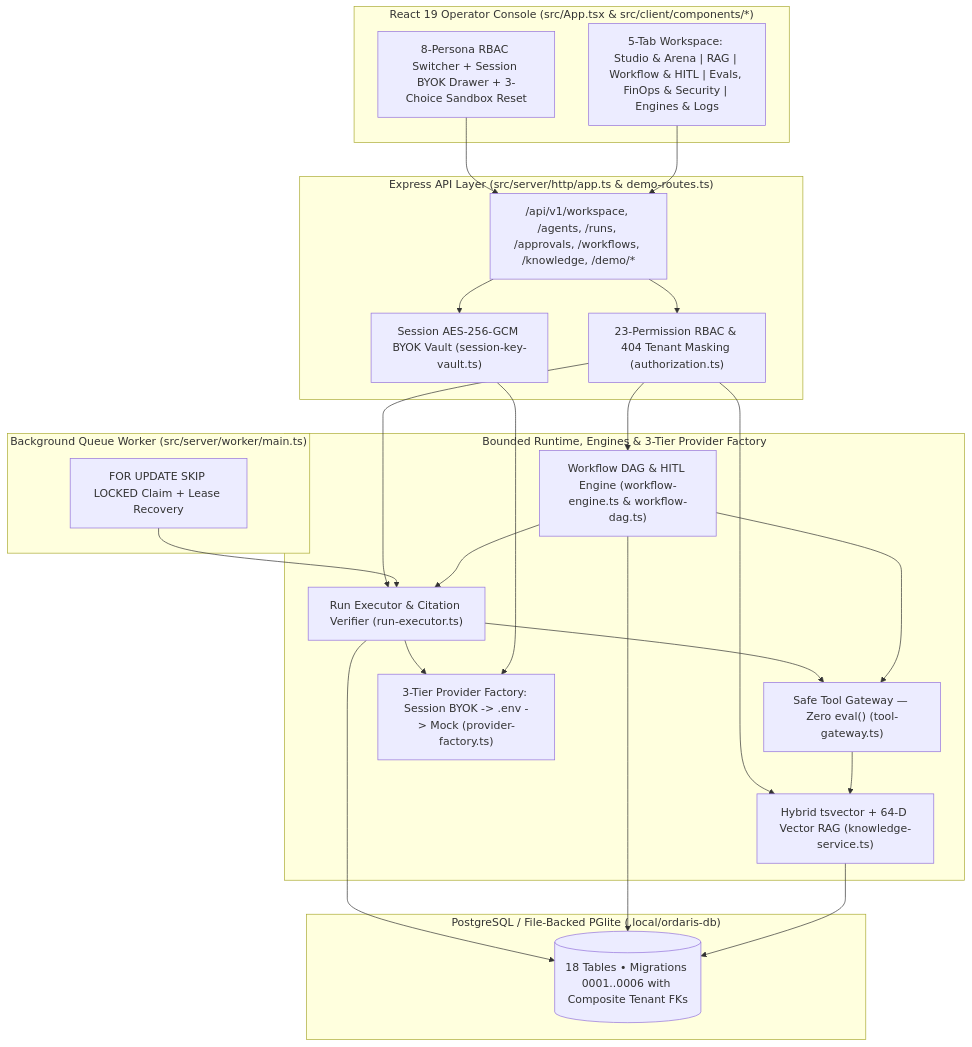
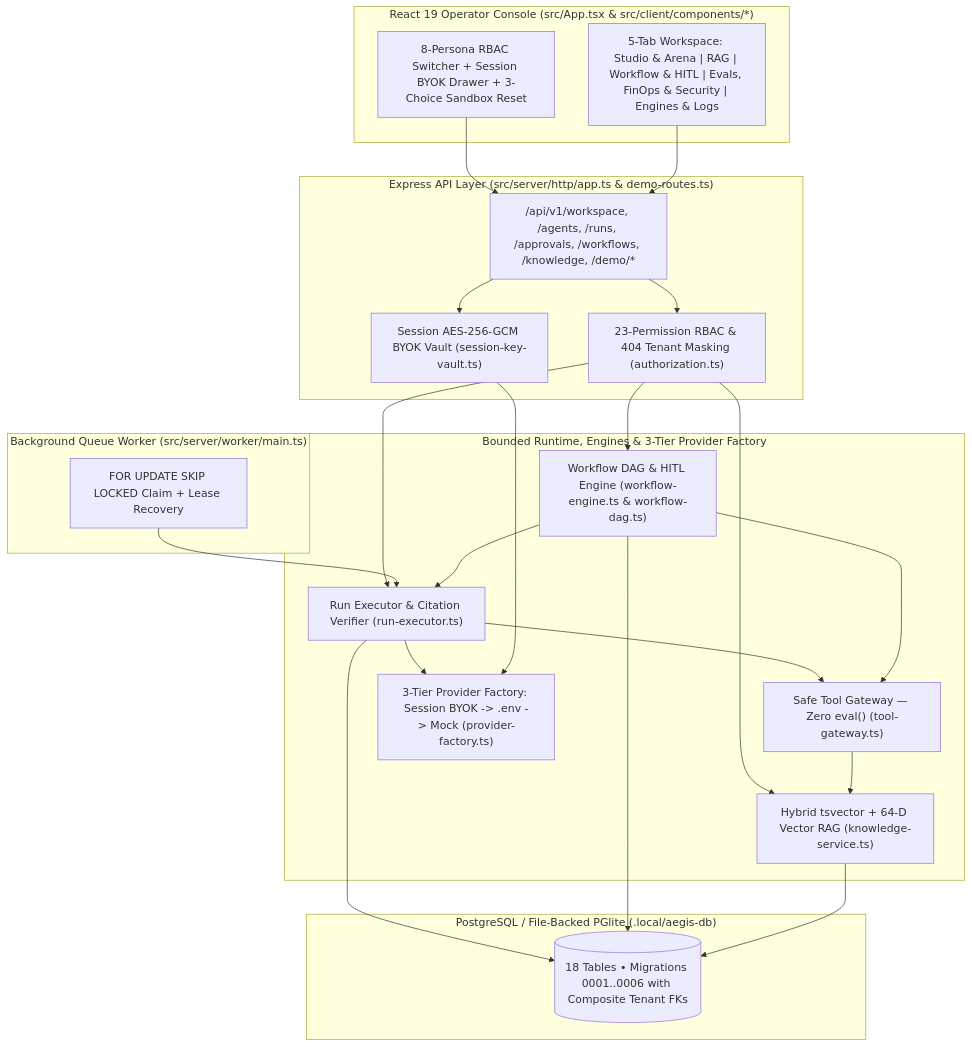
One commit to KratX/multi-ai-agent-orchestration changed the first of 2 diagrams in docs/architecture.md. Above: the diagram before and after it, drawn with Mermaid. The commit also changed other lines of this file and 28 other files, not shown here.

````diff
--- a/docs/architecture.md
+++ b/docs/architecture.md
@@ -27,39 +27,39 @@
 ```mermaid
 flowchart TB
   subgraph Client["React 19 Operator Console (src/App.tsx & src/client/components/*)"]
     HEADER["8-Persona RBAC Switcher + Session BYOK Drawer + 3-Choice Sandbox Reset"]
     TABS["5-Tab Workspace: Studio & Arena | RAG | Workflow & HITL | Evals, FinOps & Security | Engines & Logs"]
   end
 
   subgraph API["Express API Layer (src/server/http/app.ts & demo-routes.ts)"]
     ROUTES["/api/v1/workspace, /agents, /runs, /approvals, /workflows, /knowledge, /demo/*"]
     AUTHZ["23-Permission RBAC & 404 Tenant Masking (authorization.ts)"]
     VAULT["Session AES-256-GCM BYOK Vault (session-key-vault.ts)"]
   end
 
   subgraph Worker["Background Queue Worker (src/server/worker/main.ts)"]
     CLAIM["FOR UPDATE SKIP LOCKED Claim + Lease Recovery"]
   end
 
   subgraph Domain["Bounded Runtime, Engines & 3-Tier Provider Factory"]
     EXEC["Run Executor & Citation Verifier (run-executor.ts)"]
     DAG["Workflow DAG & HITL Engine (workflow-engine.ts & workflow-dag.ts)"]
     TOOLS["Safe Tool Gateway — Zero eval() (tool-gateway.ts)"]
     RAG["Hybrid tsvector + 64-D Vector RAG (knowledge-service.ts)"]
     FACTORY["3-Tier Provider Factory: Session BYOK -> .env -> Mock (provider-factory.ts)"]
   end
 
-  subgraph Persistence["PostgreSQL / File-Backed PGlite (.local/ordaris-db)"]
+  subgraph Persistence["PostgreSQL / File-Backed PGlite (.local/aegis-db)"]
     PG[("18 Tables • Migrations 0001..0006 with Composite Tenant FKs")]
   end
 
   HEADER & TABS --> ROUTES
   ROUTES --> AUTHZ & VAULT
   AUTHZ --> EXEC & DAG & RAG
   CLAIM --> EXEC
   EXEC --> TOOLS & FACTORY & PG
   VAULT --> FACTORY
   DAG --> EXEC & TOOLS & PG
   TOOLS --> RAG
   RAG --> PG
 ```
````
